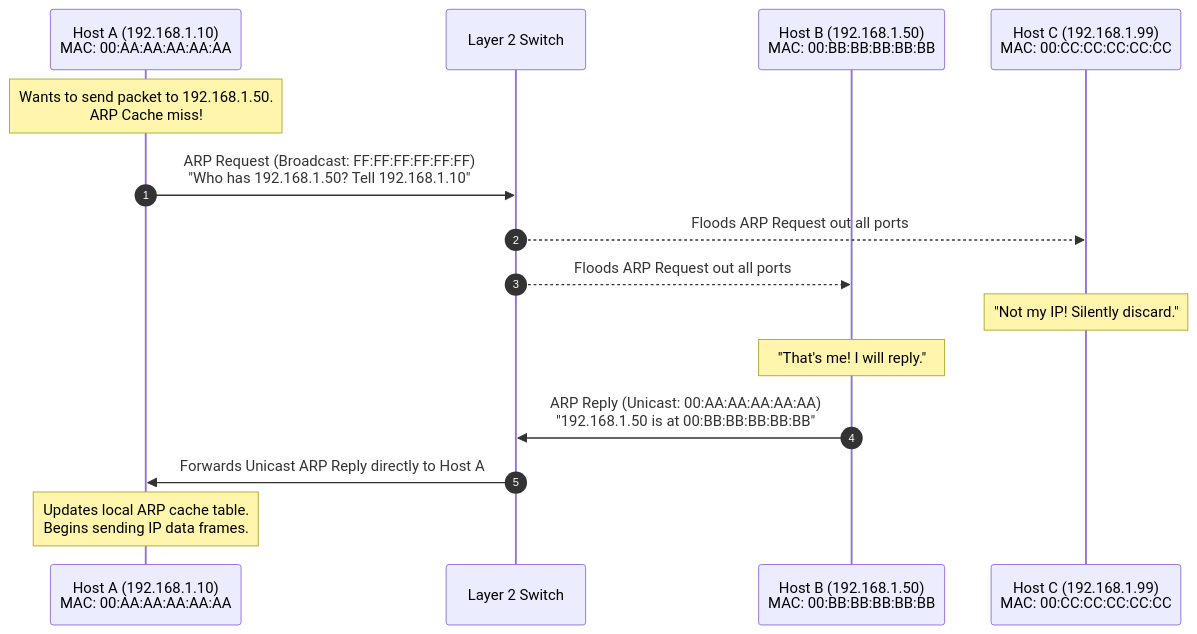
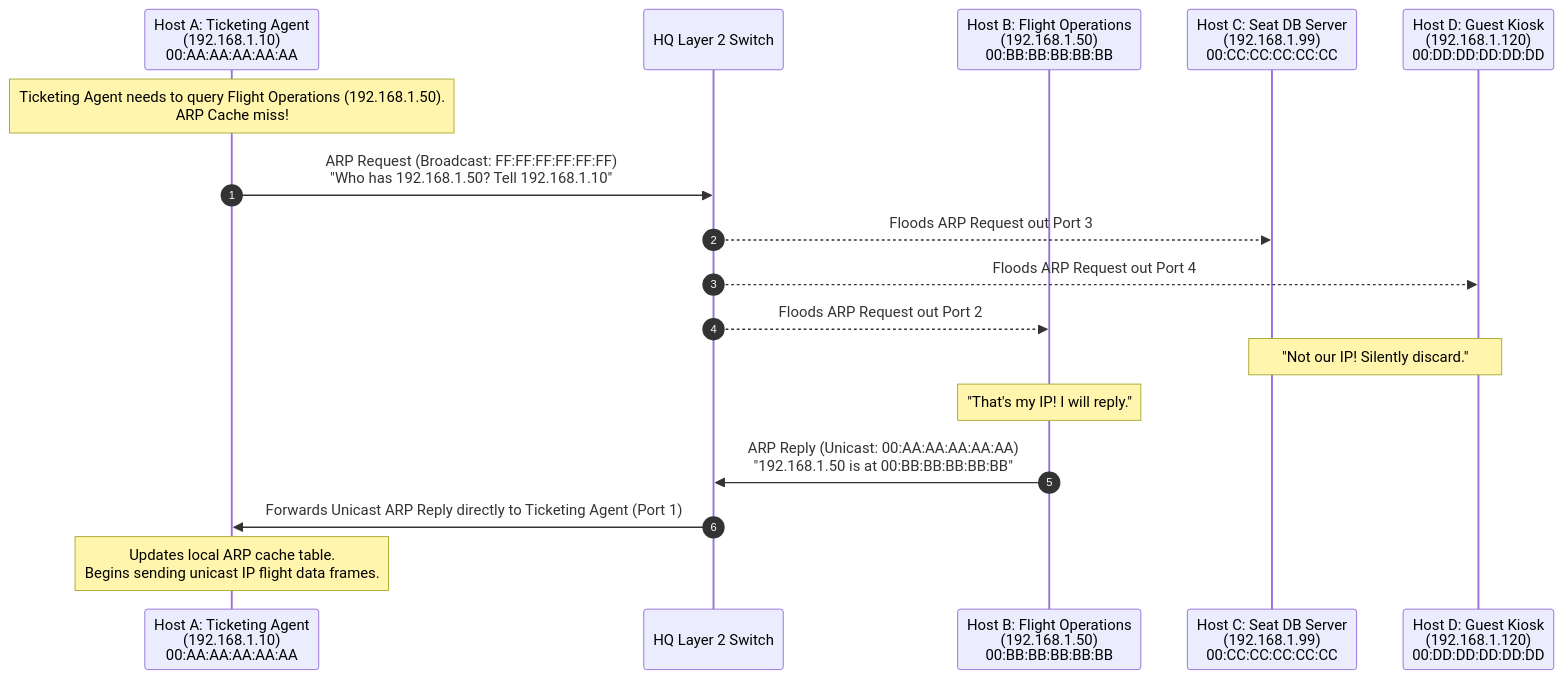
One commit to 1345AbhishekKumar/cs-cookbook changed the second of 3 diagrams in content/docs/computer-networking/02-switching-and-data-link/04-switching-mac-arp-icmp.mdx. Above: the diagram before and after it, drawn with Mermaid. The commit also changed other lines of this file and 124 other files, not shown here.

````diff
--- a/content/docs/computer-networking/02-switching-and-data-link/04-switching-mac-arp-icmp.mdx
+++ b/content/docs/computer-networking/02-switching-and-data-link/04-switching-mac-arp-icmp.mdx
@@ -185,18 +206,20 @@
 ```mermaid
 sequenceDiagram
     autonumber
-    participant HostA as Host A (192.168.1.10)<br/>MAC: 00:AA:AA:AA:AA:AA
-    participant Switch as Layer 2 Switch
-    participant HostB as Host B (192.168.1.50)<br/>MAC: 00:BB:BB:BB:BB:BB
-    participant HostC as Host C (192.168.1.99)<br/>MAC: 00:CC:CC:CC:CC:CC
+    participant HostA as Host A: Ticketing Agent<br/>(192.168.1.10)<br/>00:AA:AA:AA:AA:AA
+    participant Switch as HQ Layer 2 Switch
+    participant HostB as Host B: Flight Operations<br/>(192.168.1.50)<br/>00:BB:BB:BB:BB:BB
+    participant HostC as Host C: Seat DB Server<br/>(192.168.1.99)<br/>00:CC:CC:CC:CC:CC
+    participant HostD as Host D: Guest Kiosk<br/>(192.168.1.120)<br/>00:DD:DD:DD:DD:DD
 
-    Note over HostA: Wants to send packet to 192.168.1.50.<br/>ARP Cache miss!
+    Note over HostA: Ticketing Agent needs to query Flight Operations (192.168.1.50).<br/>ARP Cache miss!
     HostA->>Switch: ARP Request (Broadcast: FF:FF:FF:FF:FF:FF)<br/>"Who has 192.168.1.50? Tell 192.168.1.10"
-    Switch-->>HostC: Floods ARP Request out all ports
-    Switch-->>HostB: Floods ARP Request out all ports
-    Note over HostC: "Not my IP! Silently discard."
-    Note over HostB: "That's me! I will reply."
+    Switch-->>HostC: Floods ARP Request out Port 3
+    Switch-->>HostD: Floods ARP Request out Port 4
+    Switch-->>HostB: Floods ARP Request out Port 2
+    Note over HostC,HostD: "Not our IP! Silently discard."
+    Note over HostB: "That's my IP! I will reply."
     HostB->>Switch: ARP Reply (Unicast: 00:AA:AA:AA:AA:AA)<br/>"192.168.1.50 is at 00:BB:BB:BB:BB:BB"
-    Switch->>HostA: Forwards Unicast ARP Reply directly to Host A
-    Note over HostA: Updates local ARP cache table.<br/>Begins sending IP data frames.
+    Switch->>HostA: Forwards Unicast ARP Reply directly to Ticketing Agent (Port 1)
+    Note over HostA: Updates local ARP cache table.<br/>Begins sending unicast IP flight data frames.
 ```
````
